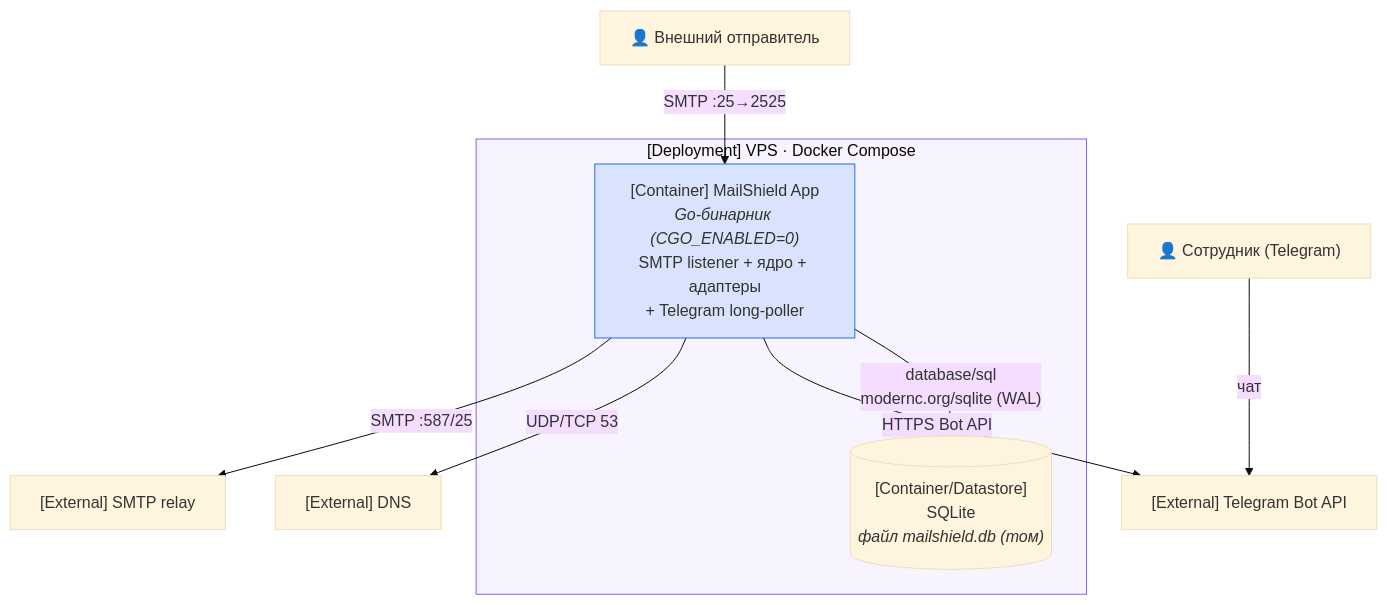
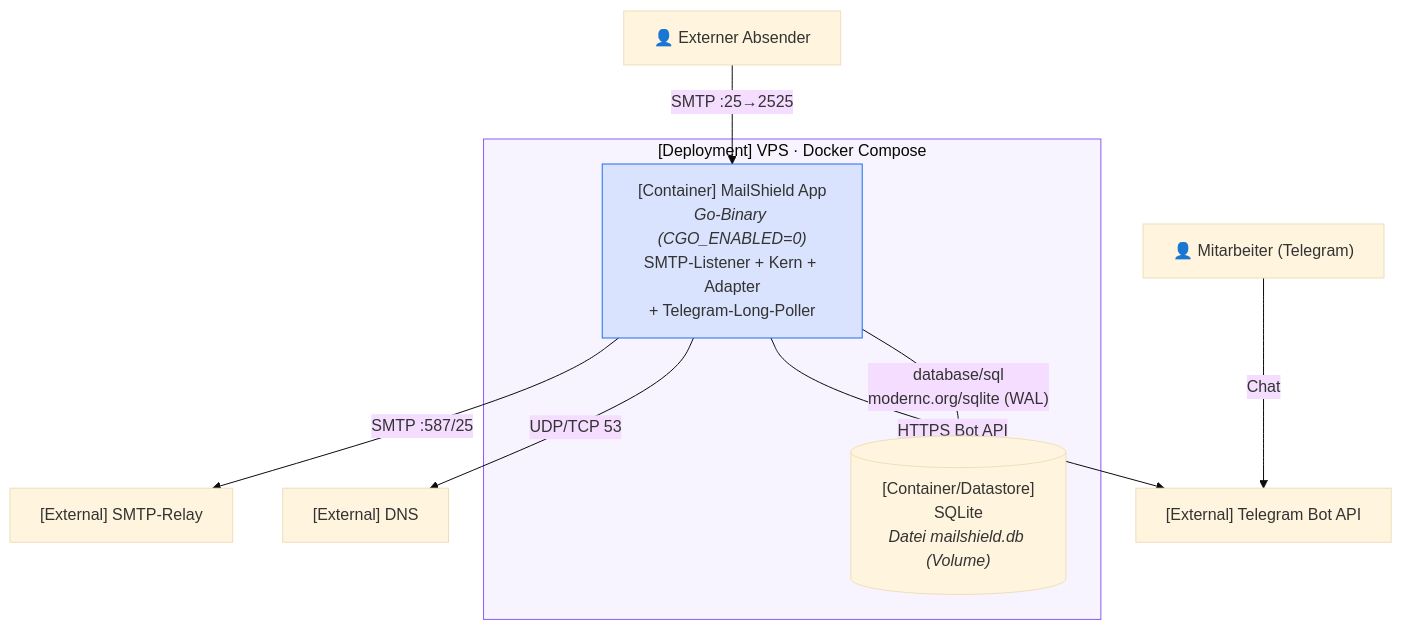
Before and after one commit to Alex84K/smpt_pet_proj: the second of 8 diagrams in docs/DESIGN_MVP.md, drawn with Mermaid (base theme). The commit also changed other lines of this file and 4 other files, not shown here.

````diff
--- a/docs/DESIGN_MVP.md
+++ b/docs/DESIGN_MVP.md
@@ -111,24 +114,24 @@
 ```mermaid
 flowchart TB
-    sender["👤 Внешний отправитель"]
-    emp["👤 Сотрудник (Telegram)"]
+    sender["👤 Externer Absender"]
+    emp["👤 Mitarbeiter (Telegram)"]
 
     subgraph host["[Deployment] VPS · Docker Compose"]
-        app["[Container] MailShield App<br/><i>Go-бинарник (CGO_ENABLED=0)</i><br/>SMTP listener + ядро + адаптеры<br/>+ Telegram long-poller"]
-        db[("[Container/Datastore]<br/>SQLite<br/><i>файл mailshield.db (том)</i>")]
+        app["[Container] MailShield App<br/><i>Go-Binary (CGO_ENABLED=0)</i><br/>SMTP-Listener + Kern + Adapter<br/>+ Telegram-Long-Poller"]
+        db[("[Container/Datastore]<br/>SQLite<br/><i>Datei mailshield.db (Volume)</i>")]
         app -- "database/sql<br/>modernc.org/sqlite (WAL)" --> db
     end
 
     tg["[External] Telegram Bot API"]
     dns["[External] DNS"]
-    relay["[External] SMTP relay"]
+    relay["[External] SMTP-Relay"]
 
     sender -- "SMTP :25→2525" --> app
     app -- "HTTPS Bot API" --> tg
-    emp -- "чат" --> tg
+    emp -- "Chat" --> tg
     app -- "UDP/TCP 53" --> dns
     app -- "SMTP :587/25" --> relay
 
     style host fill:#8b5cf611,stroke:#8b5cf6
     style app fill:#1f6feb22,stroke:#1f6feb
 ```
````
